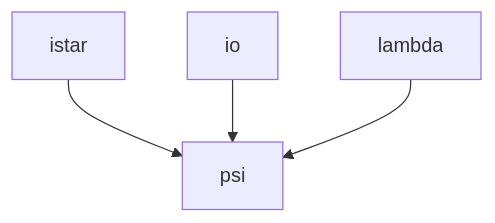
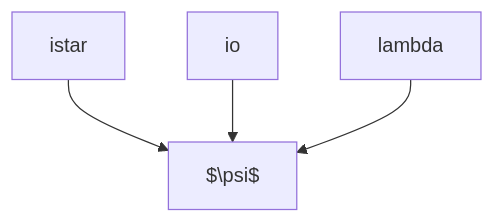
The diagram in README.md (wangxianyu7/coPsi), drawn with Mermaid before and after one commit.

Commit message:
upd. readme

````diff
--- a/README.md
+++ b/README.md
@@ -5,7 +5,7 @@
 ```mermaid
   graph TD;
-      A[istar]-->D[psi];
+      A[istar]-->D[$\psi$];
       B[io]-->D;
       C[lambda]-->D;	
 
 ```
````
